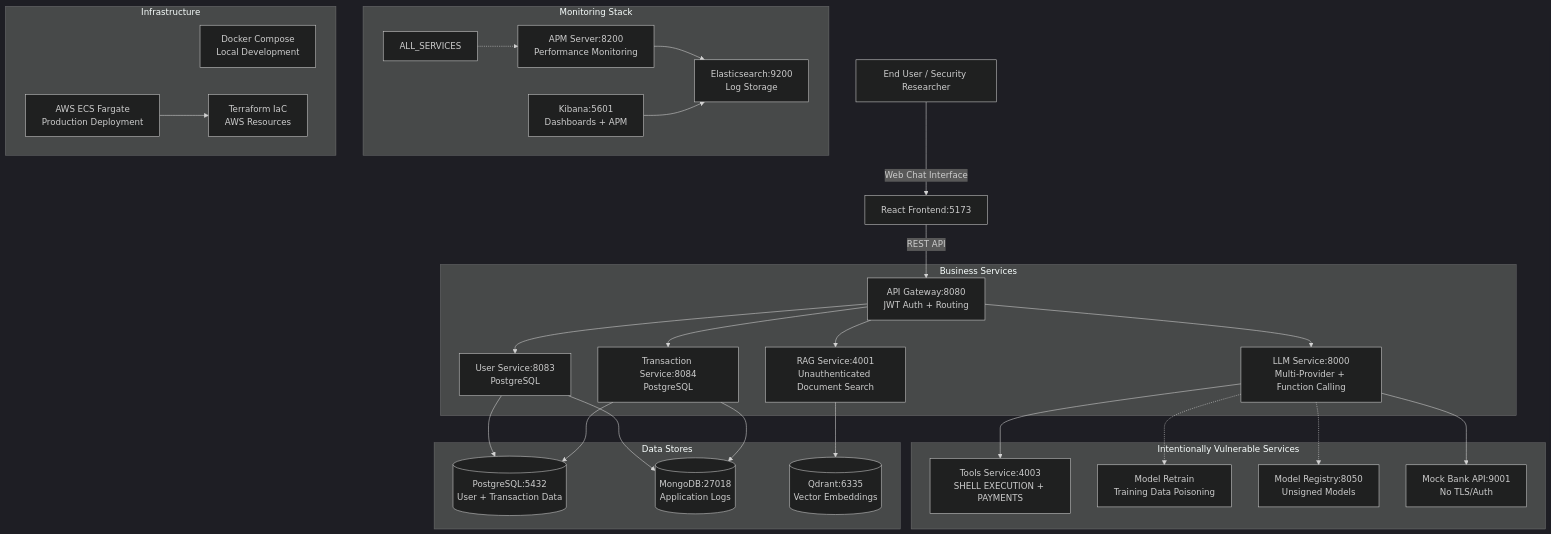
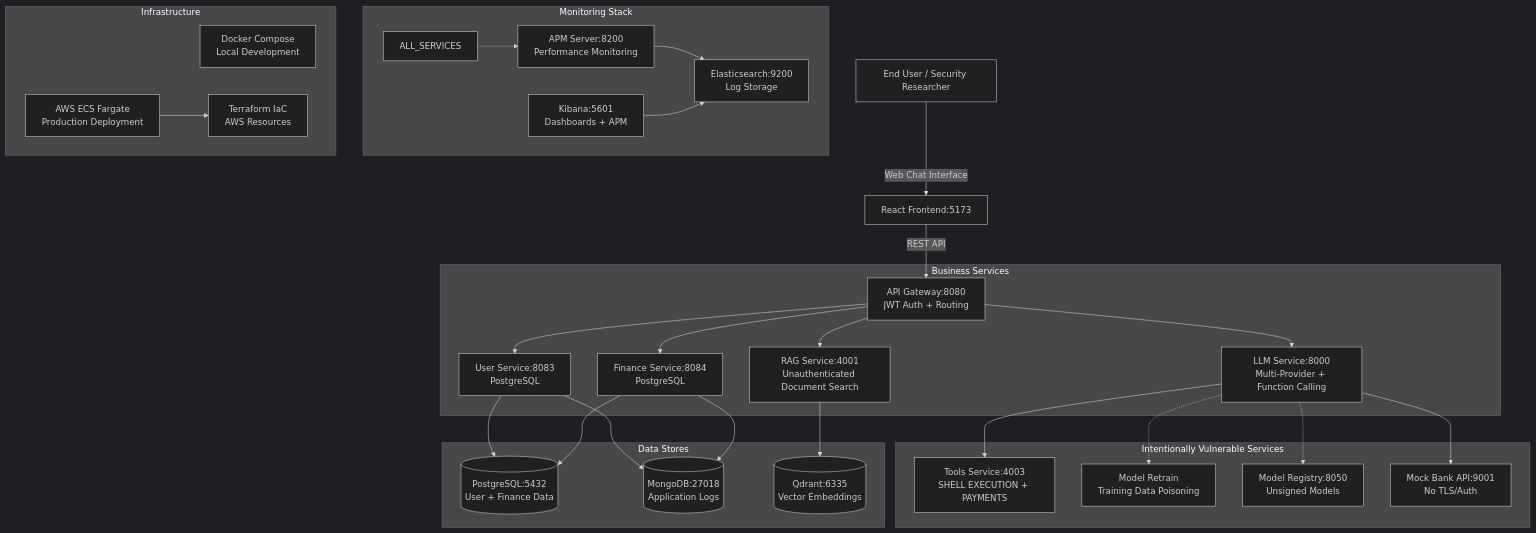
The diagram in README.md (ac-monty/crash-pay), drawn with Mermaid (dark theme) before and after one commit. The commit also changed other lines of this file and 2 other files, not shown here.

````diff
--- a/README.md
+++ b/README.md
@@ -28,58 +28,58 @@
 ```mermaid
 graph TB
     U[End User / Security Researcher] -->|Web Chat Interface| FE[React Frontend:5173]
     FE -->|REST API| API[API Gateway:8080<br/>JWT Auth + Routing]
 
     subgraph Core_Services[Business Services]
         US[User Service:8083<br/>PostgreSQL] 
-        TS[Transaction Service:8084<br/>PostgreSQL]
+        FS[Finance Service:8084<br/>PostgreSQL]
         LLM[LLM Service:8000<br/>Multi-Provider + Function Calling]
         RAG[RAG Service:4001<br/>Unauthenticated Document Search]
         API --> US
-        API --> TS
+        API --> FS
         API --> LLM
         API --> RAG
     end
 
     subgraph Dangerous_Services[Intentionally Vulnerable Services]
         TOOLS[Tools Service:4003<br/>SHELL EXECUTION + PAYMENTS]
         RETRAIN[Model Retrain<br/>Training Data Poisoning]
         REGISTRY[Model Registry:8050<br/>Unsigned Models]
         MOCK[Mock Bank API:9001<br/>No TLS/Auth]
         
         LLM --> TOOLS
         LLM --> MOCK
         LLM -.-> RETRAIN
         LLM -.-> REGISTRY
     end
 
     subgraph Data_Layer[Data Stores]
-        PG[(PostgreSQL:5432<br/>User + Transaction Data)]
+        PG[(PostgreSQL:5432<br/>User + Finance Data)]
         MONGO[(MongoDB:27018<br/>Application Logs)]
         QDRANT[(Qdrant:6335<br/>Vector Embeddings)]
         
         US --> PG
-        TS --> PG
+        FS --> PG
         US --> MONGO
-        TS --> MONGO
+        FS --> MONGO
         RAG --> QDRANT
     end
 
     subgraph Observability[Monitoring Stack]
         ES[Elasticsearch:9200<br/>Log Storage]
         KB[Kibana:5601<br/>Dashboards + APM]
         APM[APM Server:8200<br/>Performance Monitoring]
         
         ALL_SERVICES -.-> APM
         APM --> ES
         KB --> ES
     end
 
     subgraph Deployment[Infrastructure]
         LOCAL[Docker Compose<br/>Local Development]
         AWS[AWS ECS Fargate<br/>Production Deployment]
         TERRAFORM[Terraform IaC<br/>AWS Resources]
         
         AWS --> TERRAFORM
     end
 ```
````
